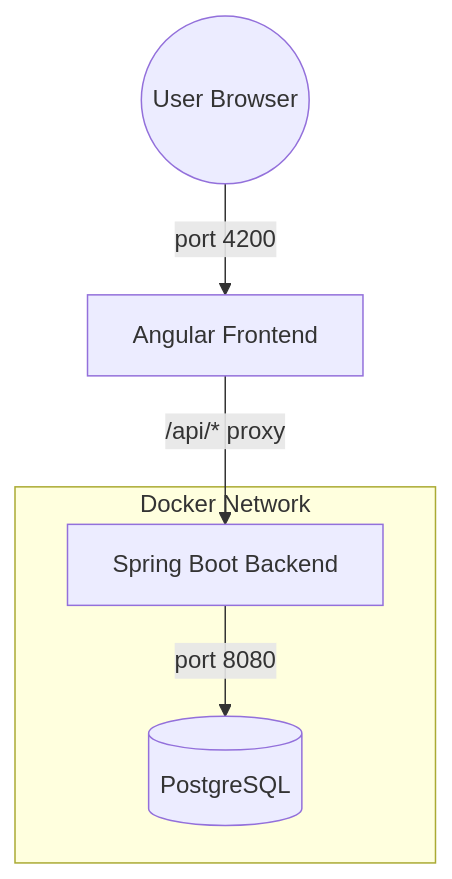
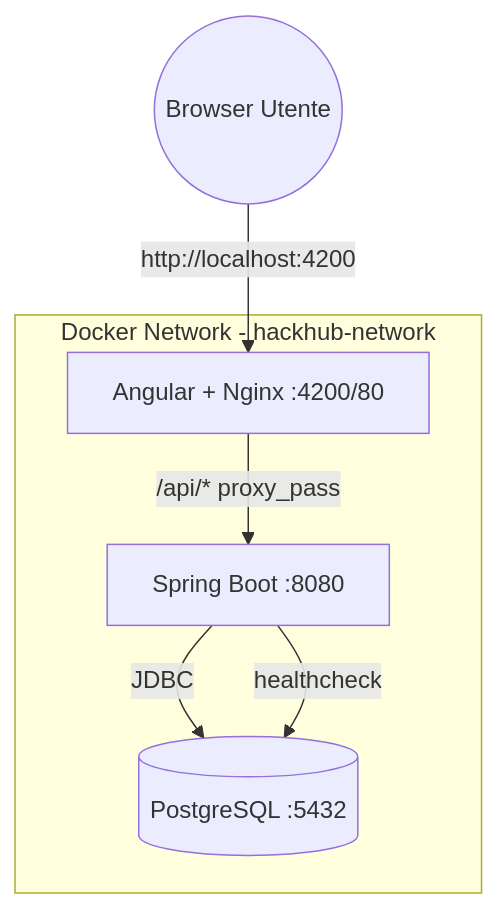
One commit to AlessioPiana54/HackHub changed the first of 2 diagrams in README.md. Above: the diagram before and after it, drawn with Mermaid. The commit also changed other lines of this file and 307 other files, not shown here.

````diff
--- a/README.md
+++ b/README.md
@@ -268,11 +312,14 @@
 ```mermaid
 graph TD
-    User((User Browser)) -->|port 4200| Angular[Angular Frontend]
-    Angular -->|/api/* proxy| Spring[Spring Boot Backend]
-    Spring -->|port 8080| DB[(PostgreSQL)]
-    
-    subgraph Docker Network
-        Spring
-        DB
+    User((Browser Utente)) -->|http://localhost:4200| Frontend
+
+    subgraph Docker Network - hackhub-network
+        Frontend[Angular + Nginx :4200/80]
+        Backend[Spring Boot :8080]
+        DB[(PostgreSQL :5432)]
     end
+
+    Frontend -->|/api/* proxy_pass| Backend
+    Backend -->|JDBC| DB
+    Backend -->|healthcheck| DB
 ```
````
